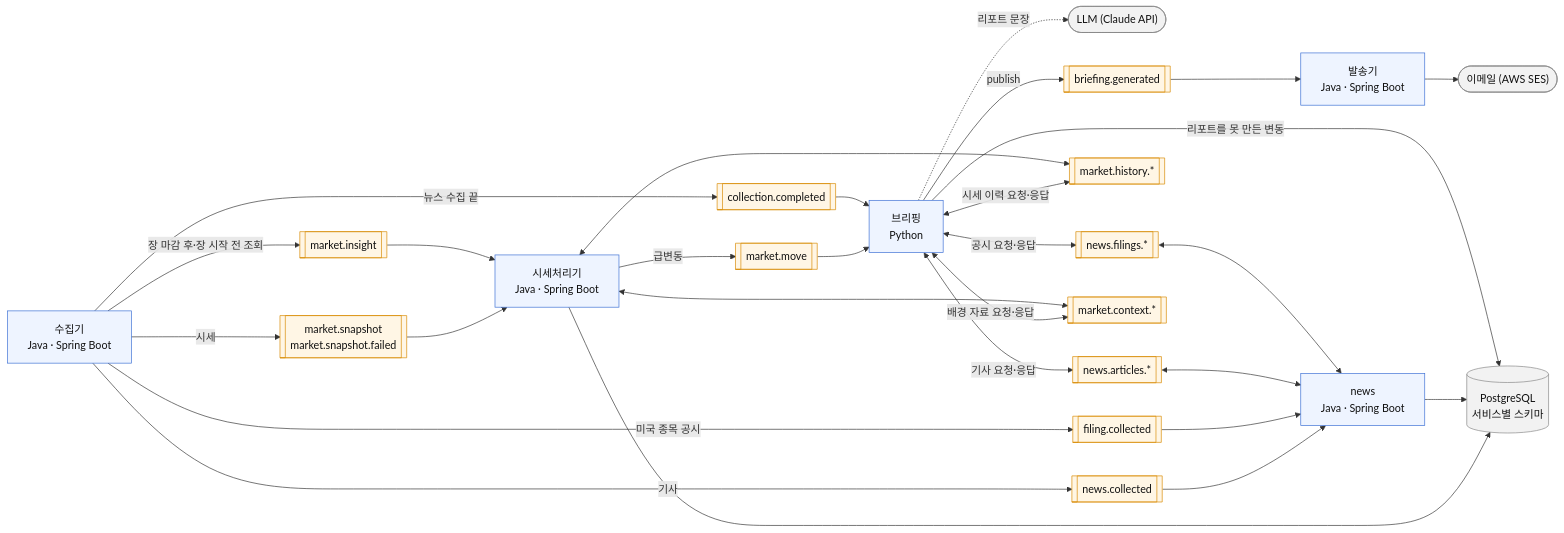
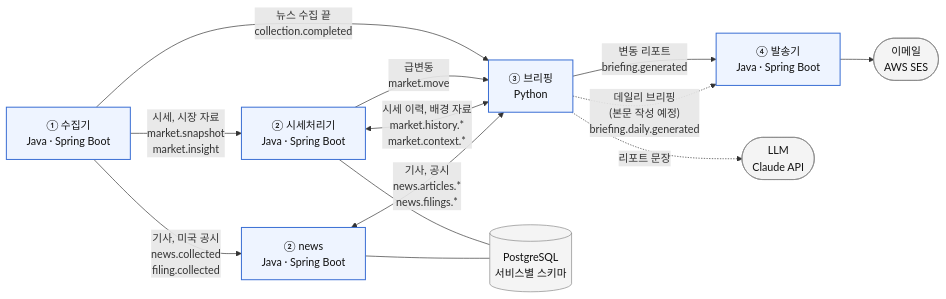
One commit to yc0191/stock-reading changed the diagram in README.md. Above: the diagram before and after it, drawn with Mermaid. The commit also changed other lines of this file, not shown here.

Commit message:
[docs] : Bring the README up to date with what now works
<description>
* 상태 문구 : 수집부터 LLM 브리핑과 메일까지 실제 Kafka·PostgreSQL·LLM에서 끝까지 도는 것을 확인했다고 고치고, 데일리 브리핑은 본문 작성 단계가 아직 없다고 적음
* 흐름도 : 서비스만 상자로 두고 토픽은 선의 이름표로 옮겨 수집 → 저장 → 브리핑 → 발송 순서로 다시 그림. 요청·응답 쌍은 양방향 화살표 하나로 합치고, 장중 수집과 데일리 브리핑(예정, 점선)을 추가
* 기술 스택 : GitHub Actions CI 행 추가
* 로드맵 : 실제 연동과 근거 조회·LLM 브리핑을 완료로 표시하고 데일리 브리핑 항목 추가
* 문서 링크 : 기능별 테스트 지도 링크 추가

<why>
* README가 "실제 환경에서 끝까지 흐르는지는 미확인"으로 남아 있어 이미 확인한 사실과 달랐고, 장중 수집·데일리 브리핑·CI·테스트 지도가 빠져 있었다
* 기존 흐름도는 토픽 상자 16개 사이로 선이 길게 엇갈려 어떤 서비스가 무엇을 주고받는지 읽기 어려웠다

````diff
--- a/README.md
+++ b/README.md
@@ -15,43 +15,27 @@
 ```mermaid
 flowchart LR
-    classDef svc fill:#eef4ff,stroke:#3b6fd4,color:#111
-    classDef topic fill:#fff6e5,stroke:#d98a00,color:#111
-    classDef ext fill:#f2f2f2,stroke:#888,color:#111
+    classDef svc fill:#eef4ff,stroke:#3b6fd4,stroke-width:1.5px,color:#111
+    classDef ext fill:#f4f4f4,stroke:#888,color:#111
 
-    C["수집기<br/>Java · Spring Boot"]:::svc
-    M["시세처리기<br/>Java · Spring Boot"]:::svc
-    NW["news<br/>Java · Spring Boot"]:::svc
-    B["브리핑<br/>Python"]:::svc
-    N["발송기<br/>Java · Spring Boot"]:::svc
+    C["① 수집기<br/>Java · Spring Boot"]:::svc
+    M["② 시세처리기<br/>Java · Spring Boot"]:::svc
+    NW["② news<br/>Java · Spring Boot"]:::svc
+    B["③ 브리핑<br/>Python"]:::svc
+    N["④ 발송기<br/>Java · Spring Boot"]:::svc
     DB[("PostgreSQL<br/>서비스별 스키마")]:::ext
-    LLM(["LLM (Claude API)"]):::ext
-    MAIL(["이메일 (AWS SES)"]):::ext
+    LLM(["LLM<br/>Claude API"]):::ext
+    MAIL(["이메일<br/>AWS SES"]):::ext
 
-    C -->|"시세"| S1[["market.snapshot<br/>market.snapshot.failed"]]:::topic
-    C -->|"장 마감 후·장 시작 전 조회"| SI[["market.insight"]]:::topic
-    C -->|"기사"| SN[["news.collected"]]:::topic
-    C -->|"뉴스 수집 끝"| SC[["collection.completed"]]:::topic
-    S1 --> M
-    SI --> M
-    SN --> NW
-    C -->|"미국 종목 공시"| SF[["filing.collected"]]:::topic
-    SF --> NW
-    M -->|"급변동"| S2[["market.move"]]:::topic
-    S2 --> B
-    SC --> B
-    B <-->|"시세 이력 요청·응답"| SH[["market.history.*"]]:::topic
-    SH <--> M
-    B <-->|"기사 요청·응답"| SA[["news.articles.*"]]:::topic
-    SA <--> NW
-    B <-->|"배경 자료 요청·응답"| SX[["market.context.*"]]:::topic
-    SX <--> M
-    B <-->|"공시 요청·응답"| SP[["news.filings.*"]]:::topic
-    SP <--> NW
+    C -->|"시세, 시장 자료<br/>market.snapshot<br/>market.insight"| M
+    C -->|"기사, 미국 공시<br/>news.collected<br/>filing.collected"| NW
+    C -->|"뉴스 수집 끝<br/>collection.completed"| B
+    M -->|"급변동<br/>market.move"| B
+    M <-->|"시세 이력, 배경 자료<br/>market.history.*<br/>market.context.*"| B
+    NW <-->|"기사, 공시<br/>news.articles.*<br/>news.filings.*"| B
+    M --- DB
+    NW --- DB
     B -.->|"리포트 문장"| LLM
-    B -->|publish| S3[["briefing.generated"]]:::topic
-    S3 --> N
+    B -->|"변동 리포트<br/>briefing.generated"| N
+    B -.->|"데일리 브리핑<br/>(본문 작성 예정)<br/>briefing.daily.generated"| N
     N --> MAIL
-    M --> DB
-    NW --> DB
-    B -->|"리포트를 못 만든 변동"| DB
 ```
````
